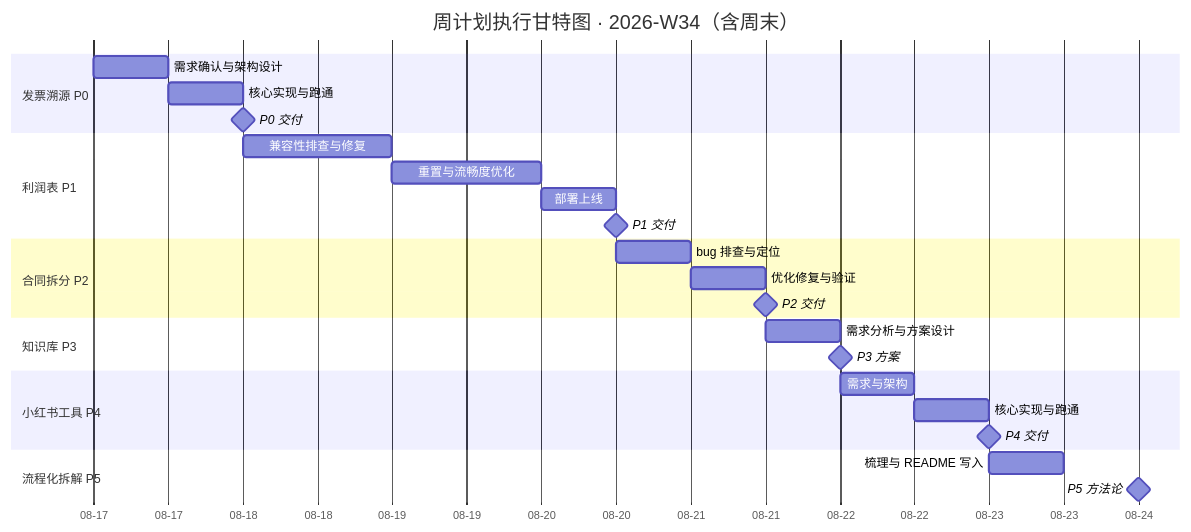
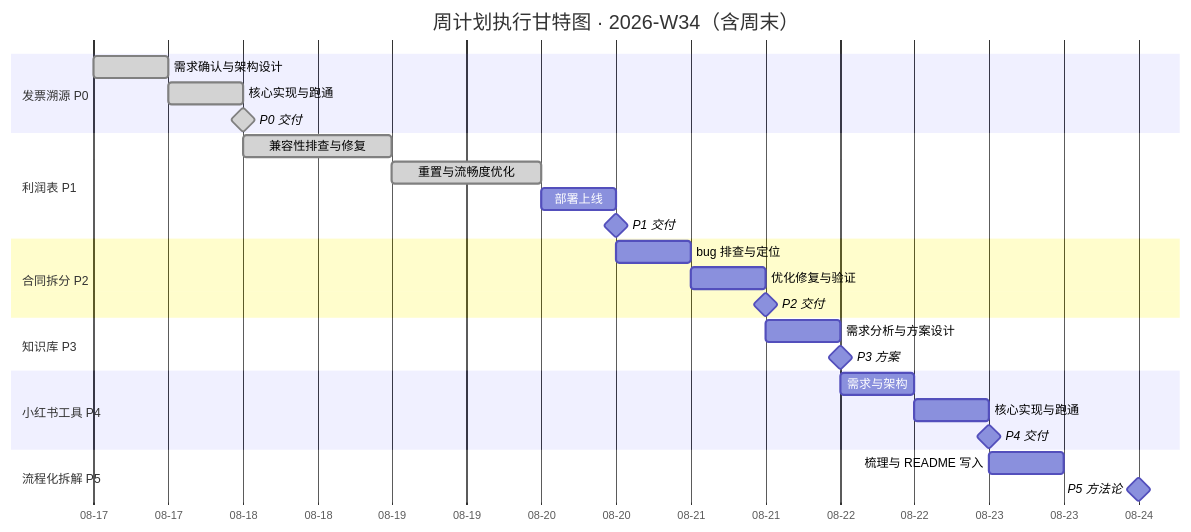
One commit to bruceleeu-creator/My-Obsidian changed the diagram in 执行2026/2026-W34 周计划执行表.md. Above: the diagram before and after it, drawn with Mermaid. The commit also changed other lines of this file and 1 other file, not shown here.

````diff
--- a/执行2026/2026-W34 周计划执行表.md
+++ b/执行2026/2026-W34 周计划执行表.md
@@ -270,35 +273,35 @@
 ```mermaid
 gantt
     title 周计划执行甘特图 · 2026-W34（含周末）
     dateFormat YYYY-MM-DD HH:mm
     axisFormat %m-%d
 
     section 发票溯源 P0
-    需求确认与架构设计      :a1, 2026-08-17 00:00, 12h
-    核心实现与跑通          :a2, 2026-08-17 12:00, 12h
-    P0 交付                :milestone, m0, 2026-08-18 00:00, 0d
+    需求确认与架构设计      :done, a1, 2026-08-17 00:00, 12h
+    核心实现与跑通          :done, a2, 2026-08-17 12:00, 12h
+    P0 交付                :done, milestone, m0, 2026-08-18 00:00, 0d
 
     section 利润表 P1
-    兼容性排查与修复        :b1, 2026-08-18 00:00, 1d
-    重置与流畅度优化        :b2, 2026-08-19 00:00, 1d
+    兼容性排查与修复        :done, b1, 2026-08-18 00:00, 1d
+    重置与流畅度优化        :done, b2, 2026-08-19 00:00, 1d
     部署上线                :b3, 2026-08-20 00:00, 12h
     P1 交付                :milestone, m1, 2026-08-20 12:00, 0d
 
     section 合同拆分 P2
     bug 排查与定位          :c1, 2026-08-20 12:00, 12h
     优化修复与验证          :c2, 2026-08-21 00:00, 12h
     P2 交付                :milestone, m2, 2026-08-21 12:00, 0d
 
     section 知识库 P3
     需求分析与方案设计      :d1, 2026-08-21 12:00, 12h
     P3 方案                :milestone, m3, 2026-08-22 00:00, 0d
 
     section 小红书工具 P4
     需求与架构              :e1, 2026-08-22 00:00, 12h
     核心实现与跑通          :e2, 2026-08-22 12:00, 12h
     P4 交付                :milestone, m4, 2026-08-23 00:00, 0d
 
     section 流程化拆解 P5
     梳理与 README 写入      :f1, 2026-08-23 00:00, 12h
     P5 方法论              :milestone, m5, 2026-08-24 00:00, 0d
 ```
````
